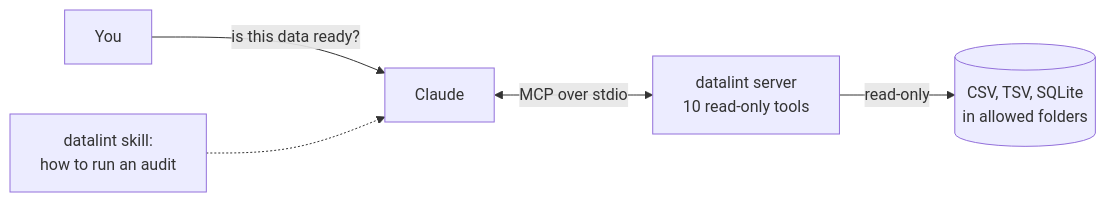
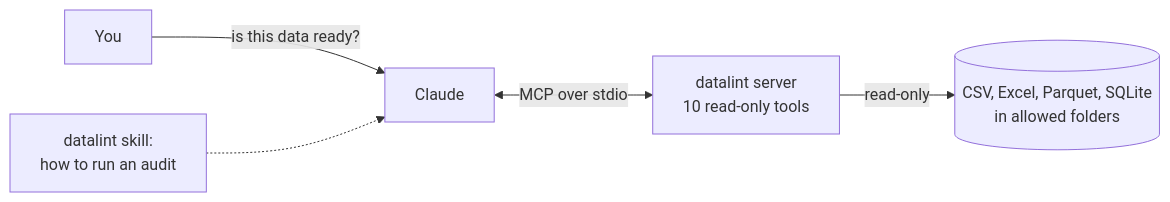
Before and after one commit to asma-hachaichi/datalint-mcp: the diagram in README.md, drawn with Mermaid. The commit also changed other lines of this file and 16 other files, not shown here.

First line of the commit message:
Read Excel workbooks and Parquet files (0.2.0)

````diff
--- a/README.md
+++ b/README.md
@@ -76,7 +78,7 @@
 ```mermaid
 flowchart LR
     You -->|"is this data ready?"| Claude
     Skill["datalint skill:<br/>how to run an audit"] -.-> Claude
     Claude <-->|"MCP over stdio"| Server["datalint server<br/>10 read-only tools"]
-    Server -->|"read-only"| Data[("CSV, TSV, SQLite<br/>in allowed folders")]
+    Server -->|"read-only"| Data[("CSV, Excel, Parquet, SQLite<br/>in allowed folders")]
 ```
````
